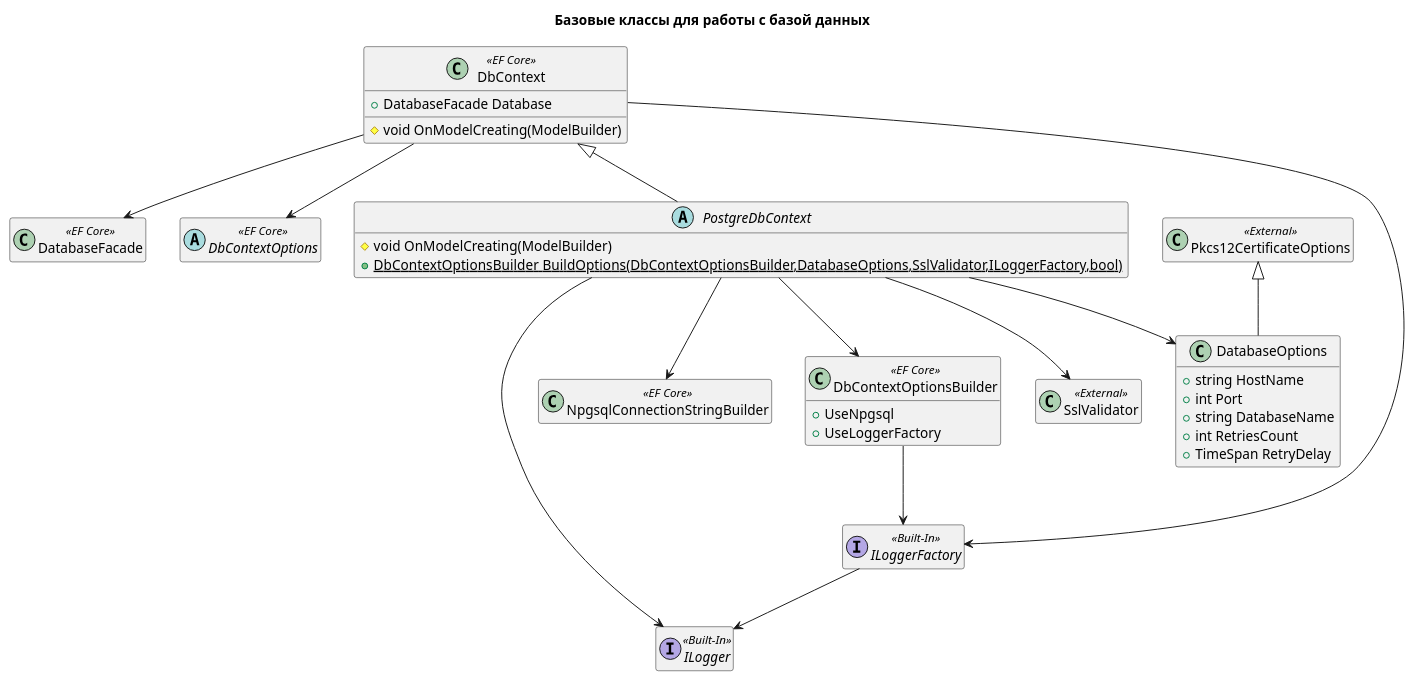
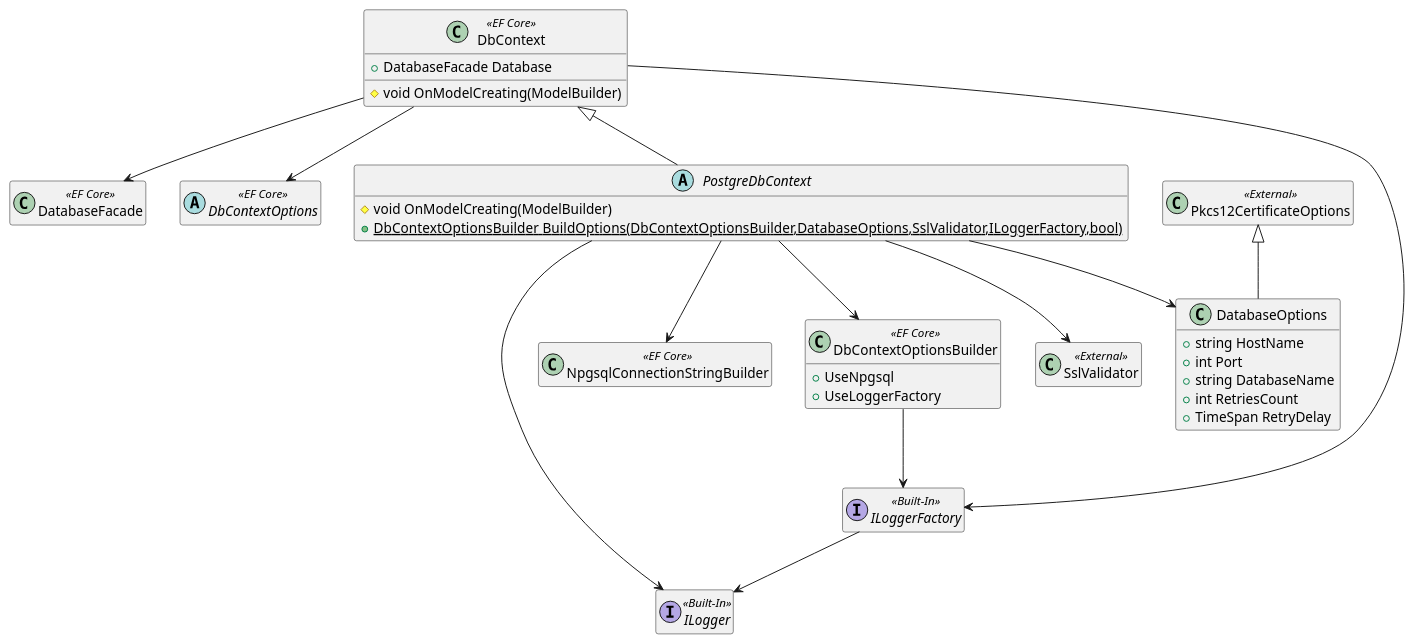
Before and after one commit to mrypdm/JobSystem: the diagram in docs/diagrams/classes/Shared.Database.puml, drawn with PlantUML. The commit also changed 19 other files, not shown here.

```diff
--- a/docs/diagrams/classes/Shared.Database.puml
+++ b/docs/diagrams/classes/Shared.Database.puml
@@ -1,55 +1,53 @@
 @startuml Shared.Database classes
 hide empty members
-
-title Базовые классы для работы с базой данных
 
 class SslValidator << External >>
 class Pkcs12CertificateOptions << External >>
 
 interface ILogger << Built-In >>
 interface ILoggerFactory << Built-In >>
 ILoggerFactory --> ILogger
 
 class DatabaseFacade << EF Core >>
 abstract class DbContextOptions << EF Core >>
 class NpgsqlConnectionStringBuilder << EF Core >>
 
 class DbContext << EF Core >>
 {
     +DatabaseFacade Database
     #void OnModelCreating(ModelBuilder)
 }
 DbContext --> ILoggerFactory
 DbContext --> DatabaseFacade
 DbContext --> DbContextOptions
 
 class DbContextOptionsBuilder << EF Core >>
 {
     +UseNpgsql
     +UseLoggerFactory
 }
 DbContextOptionsBuilder --> ILoggerFactory
 
 class DatabaseOptions
 {
     +string HostName
     +int Port
     +string DatabaseName
     +int RetriesCount
     +TimeSpan RetryDelay
 }
 Pkcs12CertificateOptions <|-- DatabaseOptions
 
 abstract class PostgreDbContext
 {
     #void OnModelCreating(ModelBuilder)
     {static}+ DbContextOptionsBuilder BuildOptions(DbContextOptionsBuilder,DatabaseOptions,SslValidator,ILoggerFactory,bool)
 }
 DbContext <|-- PostgreDbContext
 PostgreDbContext --> DbContextOptionsBuilder
 PostgreDbContext --> NpgsqlConnectionStringBuilder
 PostgreDbContext --> ILogger
 PostgreDbContext --> DatabaseOptions
 PostgreDbContext --> SslValidator
 
 @enduml
```
